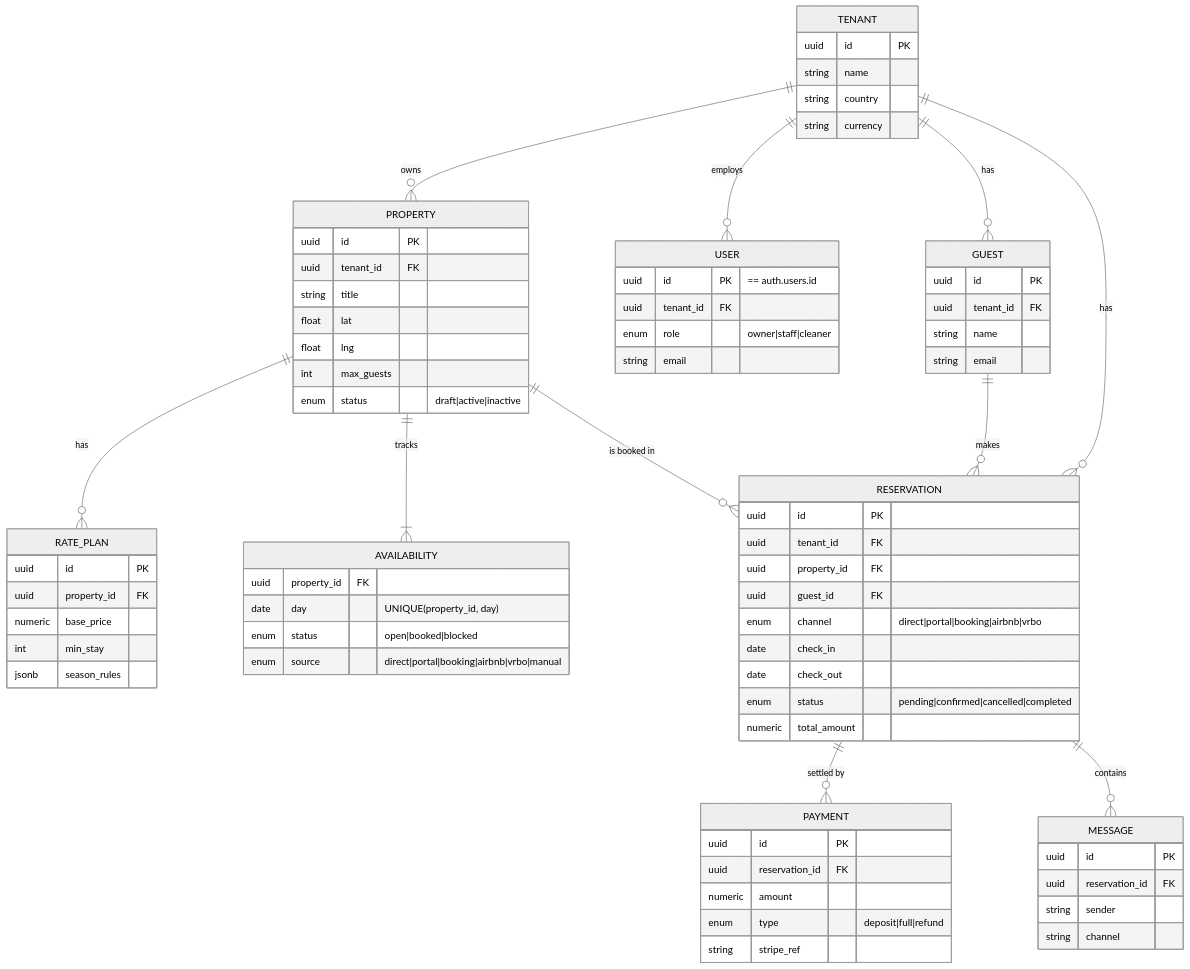
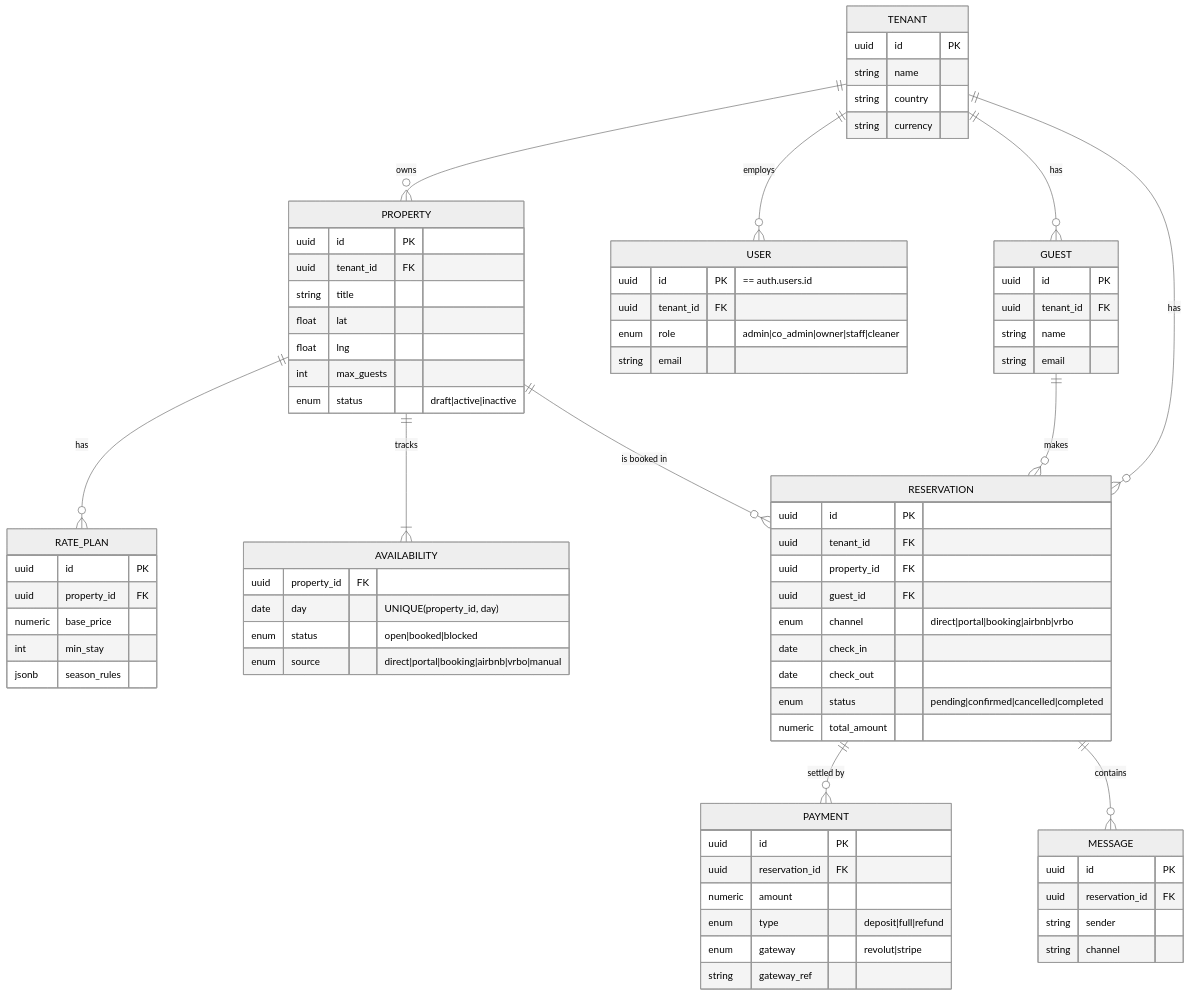
One commit to Andy1234567890-cmyk/NextDays changed the fifth of 12 diagrams in docs/ARCHITECTURE.md. Above: the diagram before and after it, drawn with Mermaid (neutral theme). The commit also changed other lines of this file and 3 other files, not shown here.

First line of the commit message:
docs: README, API, SETUP und Architektur-Diagramme auf echten Stand bringen

````diff
--- a/docs/ARCHITECTURE.md
+++ b/docs/ARCHITECTURE.md
@@ -179,78 +179,79 @@
 ```mermaid
 erDiagram
     TENANT ||--o{ PROPERTY : owns
     TENANT ||--o{ USER : employs
     TENANT ||--o{ GUEST : has
     TENANT ||--o{ RESERVATION : has
     PROPERTY ||--o{ RATE_PLAN : has
     PROPERTY ||--|{ AVAILABILITY : tracks
     PROPERTY ||--o{ RESERVATION : "is booked in"
     GUEST ||--o{ RESERVATION : makes
     RESERVATION ||--o{ PAYMENT : "settled by"
     RESERVATION ||--o{ MESSAGE : contains
 
     TENANT {
         uuid id PK
         string name
         string country
         string currency
     }
     USER {
         uuid id PK "== auth.users.id"
         uuid tenant_id FK
-        enum role "owner|staff|cleaner"
+        enum role "admin|co_admin|owner|staff|cleaner"
         string email
     }
     PROPERTY {
         uuid id PK
         uuid tenant_id FK
         string title
         float lat
         float lng
         int max_guests
         enum status "draft|active|inactive"
     }
     RATE_PLAN {
         uuid id PK
         uuid property_id FK
         numeric base_price
         int min_stay
         jsonb season_rules
     }
     AVAILABILITY {
         uuid property_id FK
         date day "UNIQUE(property_id, day)"
         enum status "open|booked|blocked"
         enum source "direct|portal|booking|airbnb|vrbo|manual"
     }
     GUEST {
         uuid id PK
         uuid tenant_id FK
         string name
         string email
     }
     RESERVATION {
         uuid id PK
         uuid tenant_id FK
         uuid property_id FK
         uuid guest_id FK
         enum channel "direct|portal|booking|airbnb|vrbo"
         date check_in
         date check_out
         enum status "pending|confirmed|cancelled|completed"
         numeric total_amount
     }
     PAYMENT {
         uuid id PK
         uuid reservation_id FK
         numeric amount
         enum type "deposit|full|refund"
-        string stripe_ref
+        enum gateway "revolut|stripe"
+        string gateway_ref
     }
     MESSAGE {
         uuid id PK
         uuid reservation_id FK
         string sender
         string channel
     }
 ```
````
